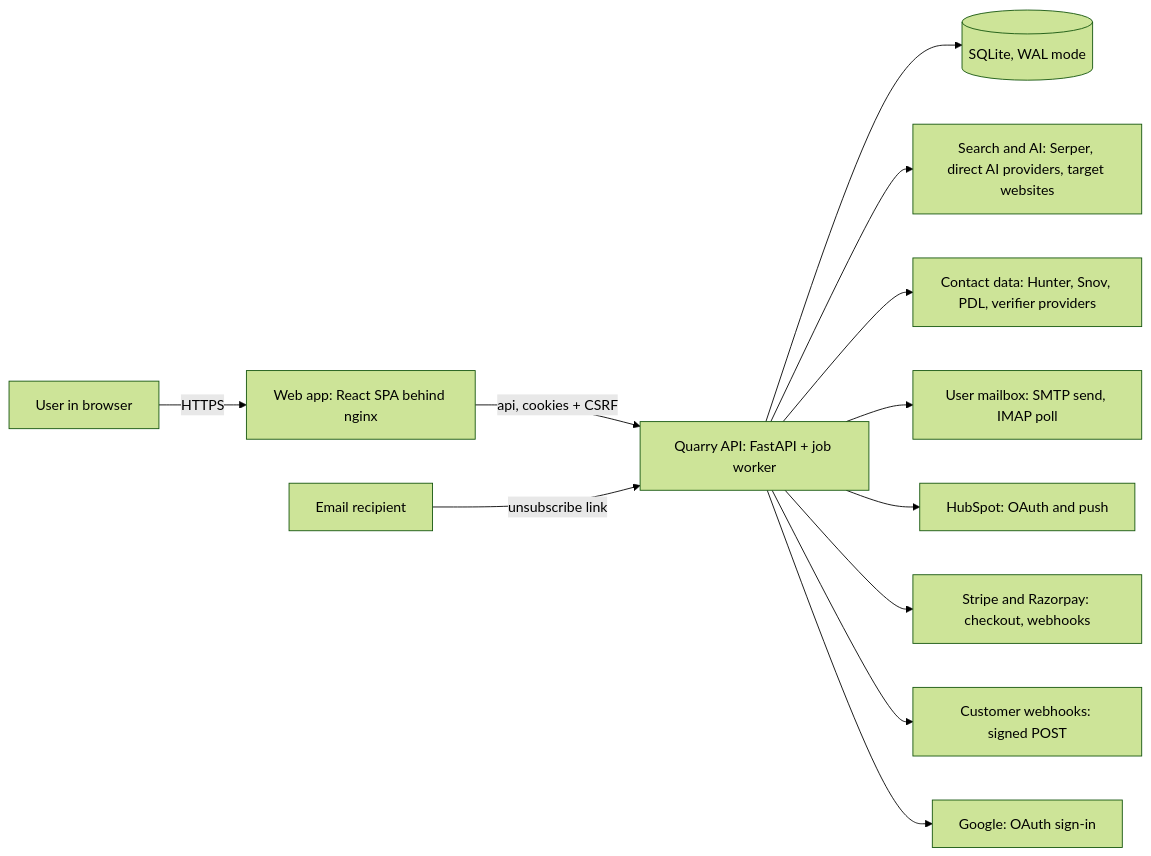
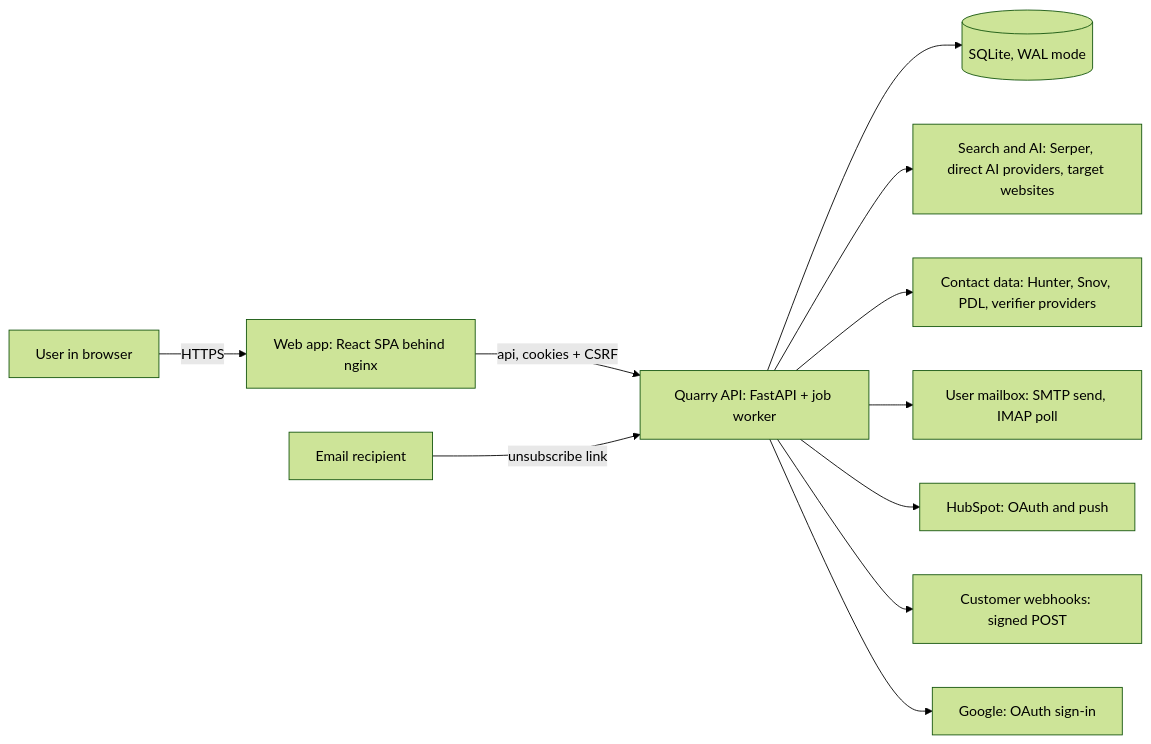
The first of 7 diagrams in docs/product/02-System-Design.md (ManojAbhiram/quarry), drawn with Mermaid (forest theme) before and after one commit. The commit also changed other lines of this file and 26 other files, not shown here.

````diff
--- a/docs/product/02-System-Design.md
+++ b/docs/product/02-System-Design.md
@@ -33,14 +33,13 @@
 ```mermaid title="System context" page=portrait
 flowchart LR
   U[User in browser] -->|HTTPS| W[Web app: React SPA behind nginx]
   W -->|api, cookies + CSRF| A[Quarry API: FastAPI + job worker]
   R[Email recipient] -->|unsubscribe link| A
   A --> DB[(SQLite, WAL mode)]
   A --> S[Search and AI: Serper, direct AI providers, target websites]
   A --> V[Contact data: Hunter, Snov, PDL, verifier providers]
   A --> M[User mailbox: SMTP send, IMAP poll]
   A --> H[HubSpot: OAuth and push]
-  A --> P[Stripe and Razorpay: checkout, webhooks]
   A --> X[Customer webhooks: signed POST]
   A --> G[Google: OAuth sign-in]
 ```
````
